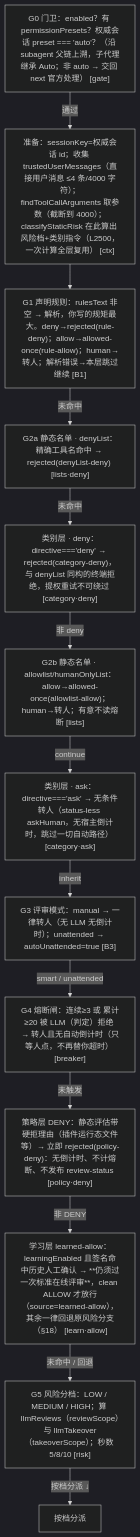
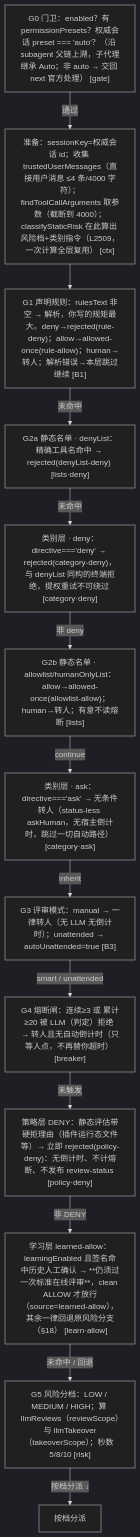
One commit to cuddly-guacamole/dsh-auto-approval-llm changed the diagram in docs/04-adjudicator-pipeline.md. Above: the diagram before and after it, drawn with Mermaid (dark theme). The commit also changed other lines of this file and 14 other files, not shown here.

````diff
--- a/docs/04-adjudicator-pipeline.md
+++ b/docs/04-adjudicator-pipeline.md
@@ -7,15 +7,15 @@
 ```mermaid
 flowchart TD
-    A1["G0 门卫：enabled？有 permissionPresets？权威会话 preset === 'auto'？（沿 subagent 父链上溯，子代理继承 Auto；非 auto → 交回 next 官方处理） [gate]"] -->|通过| A2["准备：sessionKey=权威会话 id；收集 trustedUserMessages（直接用户消息 ≤4 条/4000 字符）；findToolCallArguments 取参数（截断到 4000）；classifyStaticRisk 在此算出 风险档+类别指令（L2500，一次计算全层复用） [ctx]"]
+    A1["G0 门卫：enabled？有 permissionPresets？权威会话 preset === 'auto'？（沿 subagent 父链上溯，子代理继承 Auto；非 auto → 交回 next 官方处理） [gate]"] -->|通过| A2["准备：sessionKey=权威会话 id；收集 trustedUserMessages（直接用户消息 ≤4 条/4000 字符）；findToolCallArguments 取参数（截断到 4000）；classifyStaticRisk 在此算出 风险档+类别指令（L2509，一次计算全层复用） [ctx]"]
     A2 --> A3["G1 声明规则：rulesText 非空 → 解析，你写的规矩最大。deny→rejected(rule-deny)；allow→allowed-once(rule-allow)；human→转人；解析错误→本层跳过继续 [B1]"]
     A3 -->|未命中| A4["G2a 静态名单 · denyList：精确工具名命中 → rejected(denyList-deny) [lists·deny]"]
     A4 -->|未命中| A5["类别层 · deny：directive==='deny' → rejected(category-deny)，与 denyList 同构的终端拒绝，提权重试不可绕过 [category·deny]"]
     A5 -->|非 deny| A6["G2b 静态名单 · allowlist/humanOnlyList：allow→allowed-once(allowlist-allow)；human→转人；有意不读熔断 [lists]"]
     A6 -->|continue| A7["类别层 · ask：directive==='ask' → 无条件转人（status-less askHuman，无宿主倒计时，跳过一切自动路径） [category·ask]"]
     A7 -->|inherit| A8["G3 评审模式：manual → 一律转人（无 LLM 无倒计时）；unattended → autoUnattended=true [B3]"]
     A8 -->|smart / unattended| A9["G4 熔断闸：连续≥3 或 累计≥20 被 LLM（判定）拒绝 → 转人且无自动倒计时（只等人点，不再替你超时） [breaker]"]
     A9 -->|未触发| A10["策略层 DENY：静态评估带硬拒理由（插件运行态文件等）→ 立即 rejected(policy-deny)：无倒计时、不计熔断、不发布 review-status [policy·deny]"]
     A10 -->|非 DENY| A11["学习层 learned-allow：learningEnabled 且签名命中历史人工确认 → **仍须过一次标准在线评审**，clean ALLOW 才放行（source=learned-allow），其余一律回退原风险分支（§18） [learn·allow]"]
     A11 -->|未命中 / 回退| A12["G5 风险分档：LOW / MEDIUM / HIGH；算 llmReviews（reviewScope）与 llmTakeover（takeoverScope）；秒数 5/8/10 [risk]"]
     A12 -->|按档分派 ↓| A13["按档分派"]
 ```
````
